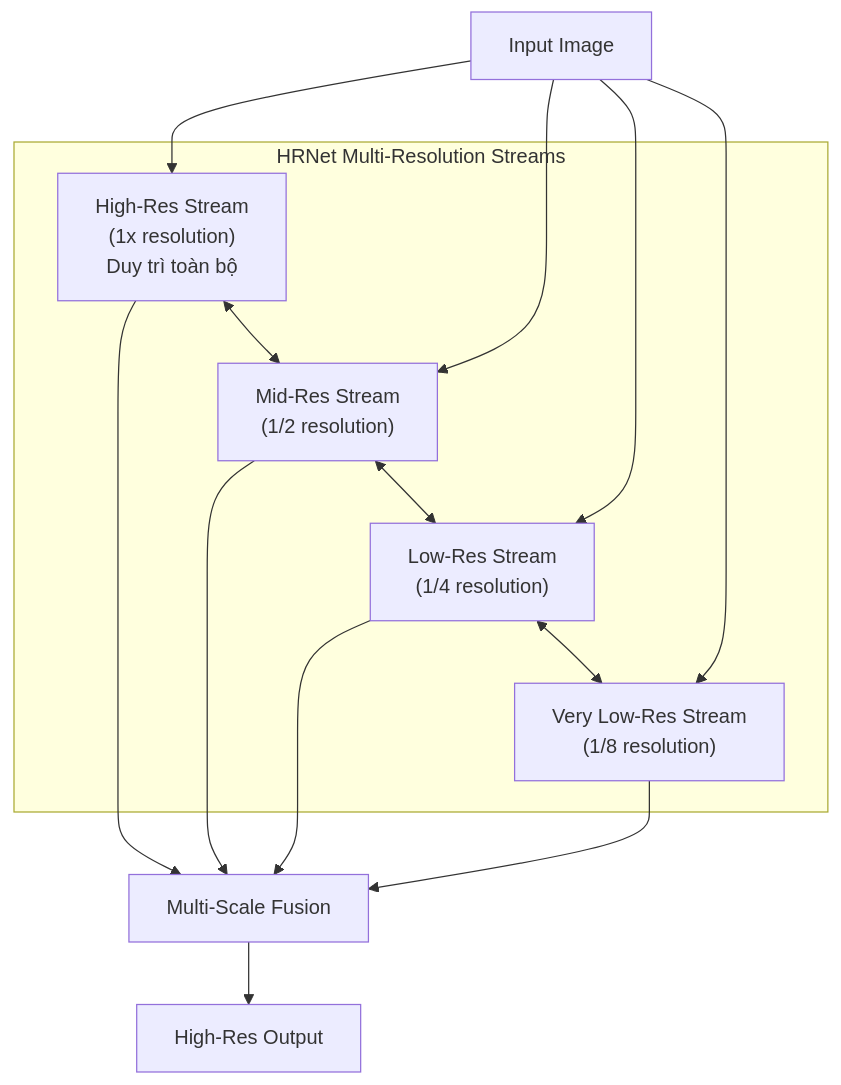
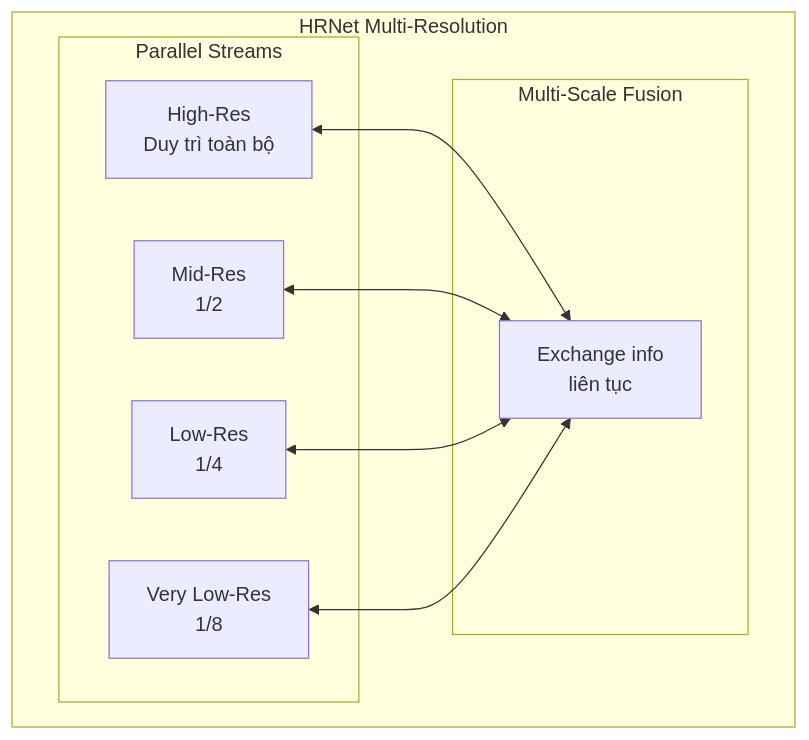
One commit to rerangst/geobayai_lab changed the fourth of 10 diagrams in research/chuong-06-xview-challenges/muc-03-xview3-maritime/04-giai-ba.md. Above: the diagram before and after it, drawn with Mermaid. The commit also changed other lines of this file and 18 other files, not shown here.

````diff
--- a/research/chuong-06-xview-challenges/muc-03-xview3-maritime/04-giai-ba.md
+++ b/research/chuong-06-xview-challenges/muc-03-xview3-maritime/04-giai-ba.md
@@ -167,28 +105,20 @@
 ```mermaid
 flowchart TB
-    Input["Input Image"]
+    subgraph HRNET["HRNet Multi-Resolution"]
+        subgraph STREAMS["Parallel Streams"]
+            HR["High-Res<br/>Duy trì toàn bộ"]
+            MR["Mid-Res<br/>1/2"]
+            LR["Low-Res<br/>1/4"]
+            VLR["Very Low-Res<br/>1/8"]
+        end
 
-    subgraph HRNet["HRNet Multi-Resolution Streams"]
-        HR["High-Res Stream<br/>(1x resolution)<br/>Duy trì toàn bộ"]
-        MR["Mid-Res Stream<br/>(1/2 resolution)"]
-        LR["Low-Res Stream<br/>(1/4 resolution)"]
-        VLR["Very Low-Res Stream<br/>(1/8 resolution)"]
-
-        HR <--> MR
-        MR <--> LR
-        LR <--> VLR
+        subgraph FUSION["Multi-Scale Fusion"]
+            F["Exchange info<br/>liên tục"]
+        end
     end
 
-    Fusion["Multi-Scale Fusion"]
-    Output["High-Res Output"]
-
-    Input --> HR
-    Input --> MR
-    Input --> LR
-    Input --> VLR
-    HR --> Fusion
-    MR --> Fusion
-    LR --> Fusion
-    VLR --> Fusion
-    Fusion --> Output
+    HR <--> F
+    MR <--> F
+    LR <--> F
+    VLR <--> F
 ```
````
